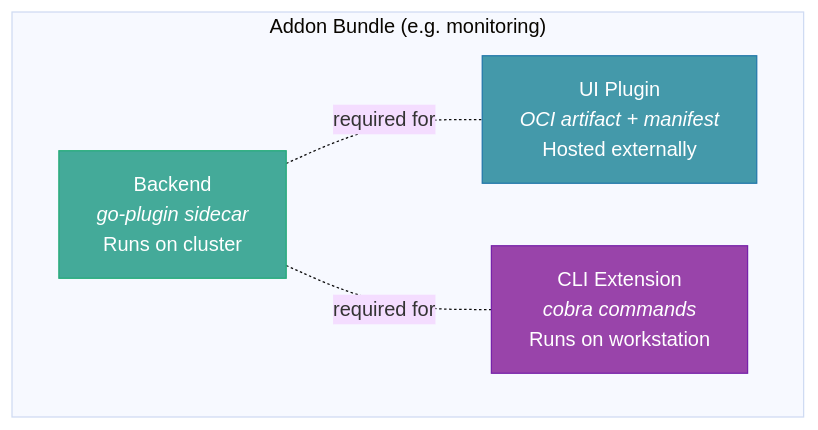
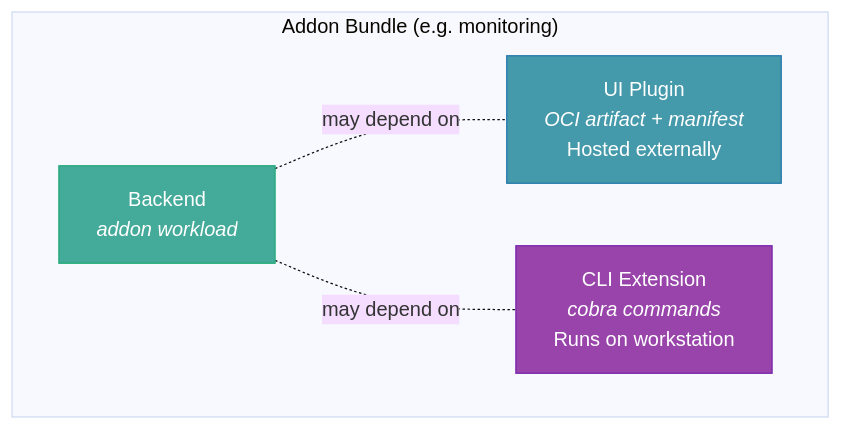
One commit to fleetshift/fleetshift-poc changed the first of 11 diagrams in docs/design/addon-ui-architecture.md. Above: the diagram before and after it, drawn with Mermaid (base theme). The commit also changed other lines of this file and 3 other files, not shown here.

````diff
--- a/docs/design/addon-ui-architecture.md
+++ b/docs/design/addon-ui-architecture.md
@@ -20,16 +34,16 @@
 ```mermaid
 graph TB
     subgraph Bundle["Addon Bundle (e.g. monitoring)"]
         direction LR
-        BE["Backend<br/><i>go-plugin sidecar</i><br/>Runs on cluster"]
+        BE["Backend<br/><i>addon workload</i>"]
         UI["UI Plugin<br/><i>OCI artifact + manifest</i><br/>Hosted externally"]
         CLI["CLI Extension<br/><i>cobra commands</i><br/>Runs on workstation"]
     end
 
-    BE -.-|"required for"| UI
-    BE -.-|"required for"| CLI
+    BE -.-|"may depend on"| UI
+    BE -.-|"may depend on"| CLI
 
     style BE fill:#4a9,stroke:#2a7,color:#fff
     style UI fill:#49a,stroke:#27a,color:#fff
     style CLI fill:#94a,stroke:#72a,color:#fff
 ```
````
